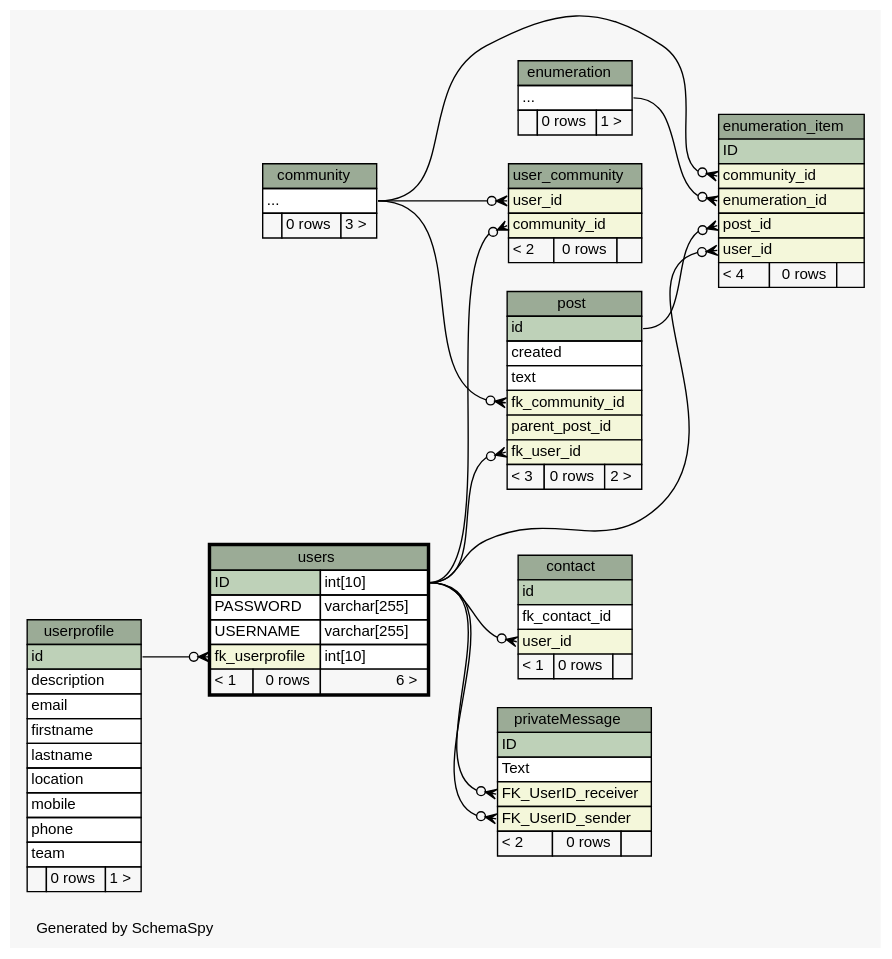
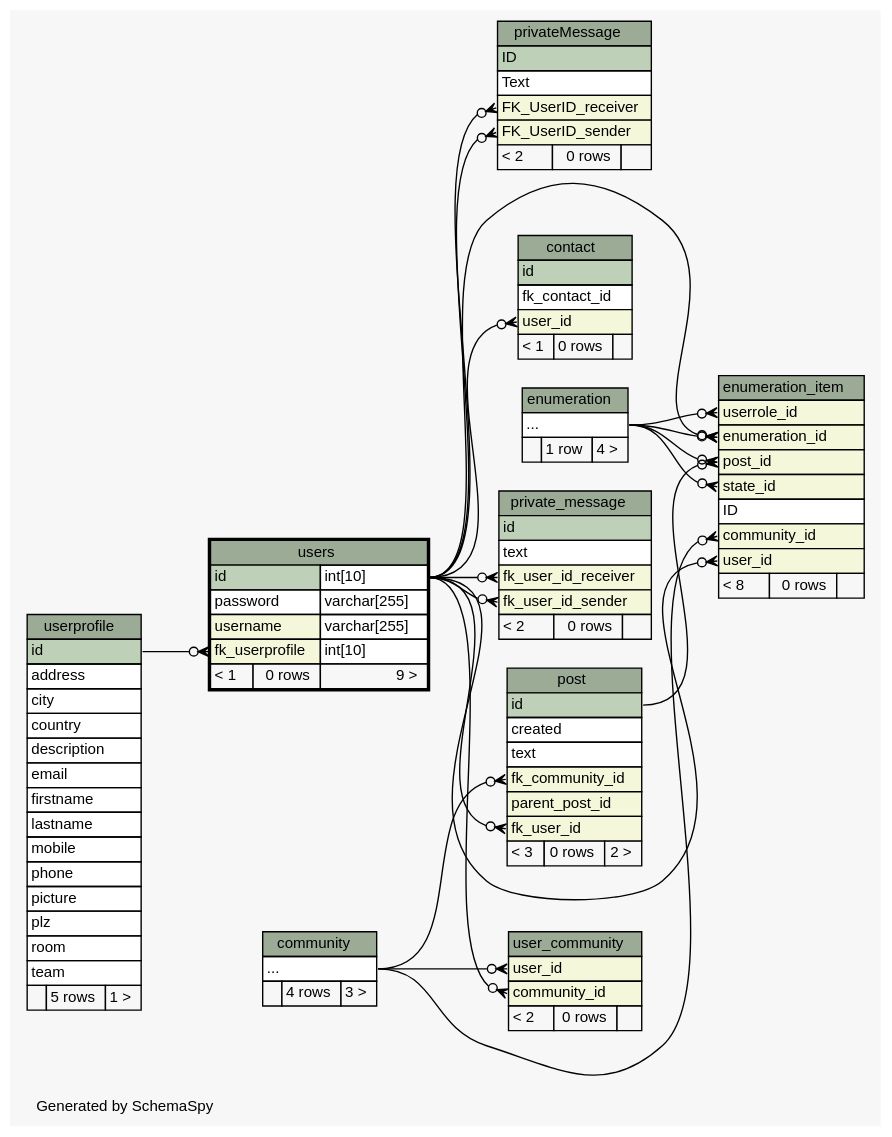
One commit to chr-krenn/chr-krenn-fhj-ws2017-sd17-pse changed the diagram in doc/db_schema/diagrams/users.2degrees.dot. Above: the diagram before and after it, drawn with Graphviz. The commit also changed 68 other files, not shown here.

Commit message:
update database schema documentation

```diff
--- a/doc/db_schema/diagrams/users.2degrees.dot
+++ b/doc/db_schema/diagrams/users.2degrees.dot
@@ -1,150 +1,176 @@
 // dot 2.40.1 on Linux 4.12.5-300.fc26.x86_64
 // SchemaSpy rev 590
 digraph "twoDegreesRelationshipsDiagram" {
   graph [
     rankdir="RL"
     bgcolor="#f7f7f7"
     label="\nGenerated by SchemaSpy"
     labeljust="l"
     nodesep="0.18"
     ranksep="0.46"
     fontname="Helvetica"
     fontsize="11"
   ];
   node [
     fontname="Helvetica"
     fontsize="11"
     shape="plaintext"
   ];
   edge [
     arrowsize="0.8"
   ];
-  "contact":"user_id":w -> "users":"ID.type":e [arrowhead=none dir=back arrowtail=crowodot];
+  "contact":"user_id":w -> "users":"id.type":e [arrowhead=none dir=back arrowtail=crowodot];
   "enumeration_item":"community_id":w -> "community":"elipses":e [arrowhead=none dir=back arrowtail=crowodot];
   "enumeration_item":"enumeration_id":w -> "enumeration":"elipses":e [arrowhead=none dir=back arrowtail=crowodot];
+  "enumeration_item":"enumeration_id":w -> "users":"id.type":e [arrowhead=none dir=back arrowtail=crowodot];
+  "enumeration_item":"post_id":w -> "enumeration":"elipses":e [arrowhead=none dir=back arrowtail=crowodot];
   "enumeration_item":"post_id":w -> "post":"id":e [arrowhead=none dir=back arrowtail=crowodot];
-  "enumeration_item":"user_id":w -> "users":"ID.type":e [arrowhead=none dir=back arrowtail=crowodot];
+  "enumeration_item":"state_id":w -> "enumeration":"elipses":e [arrowhead=none dir=back arrowtail=crowodot];
+  "enumeration_item":"user_id":w -> "users":"id.type":e [arrowhead=none dir=back arrowtail=crowodot];
+  "enumeration_item":"userrole_id":w -> "enumeration":"elipses":e [arrowhead=none dir=back arrowtail=crowodot];
   "post":"fk_community_id":w -> "community":"elipses":e [arrowhead=none dir=back arrowtail=crowodot];
-  "post":"fk_user_id":w -> "users":"ID.type":e [arrowhead=none dir=back arrowtail=crowodot];
-  "privateMessage":"FK_UserID_receiver":w -> "users":"ID.type":e [arrowhead=none dir=back arrowtail=crowodot];
-  "privateMessage":"FK_UserID_sender":w -> "users":"ID.type":e [arrowhead=none dir=back arrowtail=crowodot];
-  "user_community":"community_id":w -> "users":"ID.type":e [arrowhead=none dir=back arrowtail=crowodot];
+  "post":"fk_user_id":w -> "users":"id.type":e [arrowhead=none dir=back arrowtail=crowodot];
+  "private_message":"fk_user_id_receiver":w -> "users":"id.type":e [arrowhead=none dir=back arrowtail=crowodot];
+  "private_message":"fk_user_id_sender":w -> "users":"id.type":e [arrowhead=none dir=back arrowtail=crowodot];
+  "privateMessage":"FK_UserID_receiver":w -> "users":"id.type":e [arrowhead=none dir=back arrowtail=crowodot];
+  "privateMessage":"FK_UserID_sender":w -> "users":"id.type":e [arrowhead=none dir=back arrowtail=crowodot];
+  "user_community":"community_id":w -> "users":"id.type":e [arrowhead=none dir=back arrowtail=crowodot];
   "user_community":"user_id":w -> "community":"elipses":e [arrowhead=none dir=back arrowtail=crowodot];
   "users":"fk_userprofile":w -> "userprofile":"id":e [arrowhead=none dir=back arrowtail=crowodot];
   "community" [
     label=<
     <TABLE BORDER="0" CELLBORDER="1" CELLSPACING="0" BGCOLOR="#ffffff">
       <TR><TD COLSPAN="3" BGCOLOR="#9bab96" ALIGN="CENTER">community</TD></TR>
       <TR><TD PORT="elipses" COLSPAN="3" ALIGN="LEFT">...</TD></TR>
-      <TR><TD ALIGN="LEFT" BGCOLOR="#f7f7f7">  </TD><TD ALIGN="RIGHT" BGCOLOR="#f7f7f7">0 rows</TD><TD ALIGN="RIGHT" BGCOLOR="#f7f7f7">3 &gt;</TD></TR>
+      <TR><TD ALIGN="LEFT" BGCOLOR="#f7f7f7">  </TD><TD ALIGN="RIGHT" BGCOLOR="#f7f7f7">4 rows</TD><TD ALIGN="RIGHT" BGCOLOR="#f7f7f7">3 &gt;</TD></TR>
     </TABLE>>
     URL="community.html"
     tooltip="community"
   ];
   "contact" [
     label=<
     <TABLE BORDER="0" CELLBORDER="1" CELLSPACING="0" BGCOLOR="#ffffff">
       <TR><TD COLSPAN="3" BGCOLOR="#9bab96" ALIGN="CENTER">contact</TD></TR>
       <TR><TD PORT="id" COLSPAN="3" BGCOLOR="#bed1b8" ALIGN="LEFT">id</TD></TR>
       <TR><TD PORT="fk_contact_id" COLSPAN="3" ALIGN="LEFT">fk_contact_id</TD></TR>
       <TR><TD PORT="user_id" COLSPAN="3" BGCOLOR="#f4f7da" ALIGN="LEFT">user_id</TD></TR>
       <TR><TD ALIGN="LEFT" BGCOLOR="#f7f7f7">&lt; 1</TD><TD ALIGN="RIGHT" BGCOLOR="#f7f7f7">0 rows</TD><TD ALIGN="RIGHT" BGCOLOR="#f7f7f7">  </TD></TR>
     </TABLE>>
     URL="contact.html"
     tooltip="contact"
   ];
   "enumeration" [
     label=<
     <TABLE BORDER="0" CELLBORDER="1" CELLSPACING="0" BGCOLOR="#ffffff">
       <TR><TD COLSPAN="3" BGCOLOR="#9bab96" ALIGN="CENTER">enumeration</TD></TR>
       <TR><TD PORT="elipses" COLSPAN="3" ALIGN="LEFT">...</TD></TR>
-      <TR><TD ALIGN="LEFT" BGCOLOR="#f7f7f7">  </TD><TD ALIGN="RIGHT" BGCOLOR="#f7f7f7">0 rows</TD><TD ALIGN="RIGHT" BGCOLOR="#f7f7f7">1 &gt;</TD></TR>
+      <TR><TD ALIGN="LEFT" BGCOLOR="#f7f7f7">  </TD><TD ALIGN="RIGHT" BGCOLOR="#f7f7f7">1 row</TD><TD ALIGN="RIGHT" BGCOLOR="#f7f7f7">4 &gt;</TD></TR>
     </TABLE>>
     URL="enumeration.html"
     tooltip="enumeration"
   ];
   "enumeration_item" [
     label=<
     <TABLE BORDER="0" CELLBORDER="1" CELLSPACING="0" BGCOLOR="#ffffff">
       <TR><TD COLSPAN="3" BGCOLOR="#9bab96" ALIGN="CENTER">enumeration_item</TD></TR>
-      <TR><TD PORT="ID" COLSPAN="3" BGCOLOR="#bed1b8" ALIGN="LEFT">ID</TD></TR>
-      <TR><TD PORT="community_id" COLSPAN="3" BGCOLOR="#f4f7da" ALIGN="LEFT">community_id</TD></TR>
+      <TR><TD PORT="userrole_id" COLSPAN="3" BGCOLOR="#f4f7da" ALIGN="LEFT">userrole_id</TD></TR>
       <TR><TD PORT="enumeration_id" COLSPAN="3" BGCOLOR="#f4f7da" ALIGN="LEFT">enumeration_id</TD></TR>
       <TR><TD PORT="post_id" COLSPAN="3" BGCOLOR="#f4f7da" ALIGN="LEFT">post_id</TD></TR>
+      <TR><TD PORT="state_id" COLSPAN="3" BGCOLOR="#f4f7da" ALIGN="LEFT">state_id</TD></TR>
+      <TR><TD PORT="ID" COLSPAN="3" ALIGN="LEFT">ID</TD></TR>
+      <TR><TD PORT="community_id" COLSPAN="3" BGCOLOR="#f4f7da" ALIGN="LEFT">community_id</TD></TR>
       <TR><TD PORT="user_id" COLSPAN="3" BGCOLOR="#f4f7da" ALIGN="LEFT">user_id</TD></TR>
-      <TR><TD ALIGN="LEFT" BGCOLOR="#f7f7f7">&lt; 4</TD><TD ALIGN="RIGHT" BGCOLOR="#f7f7f7">0 rows</TD><TD ALIGN="RIGHT" BGCOLOR="#f7f7f7">  </TD></TR>
+      <TR><TD ALIGN="LEFT" BGCOLOR="#f7f7f7">&lt; 8</TD><TD ALIGN="RIGHT" BGCOLOR="#f7f7f7">0 rows</TD><TD ALIGN="RIGHT" BGCOLOR="#f7f7f7">  </TD></TR>
     </TABLE>>
     URL="enumeration_item.html"
     tooltip="enumeration_item"
   ];
   "post" [
     label=<
     <TABLE BORDER="0" CELLBORDER="1" CELLSPACING="0" BGCOLOR="#ffffff">
       <TR><TD COLSPAN="3" BGCOLOR="#9bab96" ALIGN="CENTER">post</TD></TR>
       <TR><TD PORT="id" COLSPAN="3" BGCOLOR="#bed1b8" ALIGN="LEFT">id</TD></TR>
       <TR><TD PORT="created" COLSPAN="3" ALIGN="LEFT">created</TD></TR>
       <TR><TD PORT="text" COLSPAN="3" ALIGN="LEFT">text</TD></TR>
       <TR><TD PORT="fk_community_id" COLSPAN="3" BGCOLOR="#f4f7da" ALIGN="LEFT">fk_community_id</TD></TR>
       <TR><TD PORT="parent_post_id" COLSPAN="3" BGCOLOR="#f4f7da" ALIGN="LEFT">parent_post_id</TD></TR>
       <TR><TD PORT="fk_user_id" COLSPAN="3" BGCOLOR="#f4f7da" ALIGN="LEFT">fk_user_id</TD></TR>
       <TR><TD ALIGN="LEFT" BGCOLOR="#f7f7f7">&lt; 3</TD><TD ALIGN="RIGHT" BGCOLOR="#f7f7f7">0 rows</TD><TD ALIGN="RIGHT" BGCOLOR="#f7f7f7">2 &gt;</TD></TR>
     </TABLE>>
     URL="post.html"
     tooltip="post"
+  ];
+  "private_message" [
+    label=<
+    <TABLE BORDER="0" CELLBORDER="1" CELLSPACING="0" BGCOLOR="#ffffff">
+      <TR><TD COLSPAN="3" BGCOLOR="#9bab96" ALIGN="CENTER">private_message</TD></TR>
+      <TR><TD PORT="id" COLSPAN="3" BGCOLOR="#bed1b8" ALIGN="LEFT">id</TD></TR>
+      <TR><TD PORT="text" COLSPAN="3" ALIGN="LEFT">text</TD></TR>
+      <TR><TD PORT="fk_user_id_receiver" COLSPAN="3" BGCOLOR="#f4f7da" ALIGN="LEFT">fk_user_id_receiver</TD></TR>
+      <TR><TD PORT="fk_user_id_sender" COLSPAN="3" BGCOLOR="#f4f7da" ALIGN="LEFT">fk_user_id_sender</TD></TR>
+      <TR><TD ALIGN="LEFT" BGCOLOR="#f7f7f7">&lt; 2</TD><TD ALIGN="RIGHT" BGCOLOR="#f7f7f7">0 rows</TD><TD ALIGN="RIGHT" BGCOLOR="#f7f7f7">  </TD></TR>
+    </TABLE>>
+    URL="private_message.html"
+    tooltip="private_message"
   ];
   "privateMessage" [
     label=<
     <TABLE BORDER="0" CELLBORDER="1" CELLSPACING="0" BGCOLOR="#ffffff">
       <TR><TD COLSPAN="3" BGCOLOR="#9bab96" ALIGN="CENTER">privateMessage</TD></TR>
       <TR><TD PORT="ID" COLSPAN="3" BGCOLOR="#bed1b8" ALIGN="LEFT">ID</TD></TR>
       <TR><TD PORT="Text" COLSPAN="3" ALIGN="LEFT">Text</TD></TR>
       <TR><TD PORT="FK_UserID_receiver" COLSPAN="3" BGCOLOR="#f4f7da" ALIGN="LEFT">FK_UserID_receiver</TD></TR>
       <TR><TD PORT="FK_UserID_sender" COLSPAN="3" BGCOLOR="#f4f7da" ALIGN="LEFT">FK_UserID_sender</TD></TR>
       <TR><TD ALIGN="LEFT" BGCOLOR="#f7f7f7">&lt; 2</TD><TD ALIGN="RIGHT" BGCOLOR="#f7f7f7">0 rows</TD><TD ALIGN="RIGHT" BGCOLOR="#f7f7f7">  </TD></TR>
     </TABLE>>
     URL="privateMessage.html"
     tooltip="privateMessage"
   ];
   "user_community" [
     label=<
     <TABLE BORDER="0" CELLBORDER="1" CELLSPACING="0" BGCOLOR="#ffffff">
       <TR><TD COLSPAN="3" BGCOLOR="#9bab96" ALIGN="CENTER">user_community</TD></TR>
       <TR><TD PORT="user_id" COLSPAN="3" BGCOLOR="#f4f7da" ALIGN="LEFT">user_id</TD></TR>
       <TR><TD PORT="community_id" COLSPAN="3" BGCOLOR="#f4f7da" ALIGN="LEFT">community_id</TD></TR>
       <TR><TD ALIGN="LEFT" BGCOLOR="#f7f7f7">&lt; 2</TD><TD ALIGN="RIGHT" BGCOLOR="#f7f7f7">0 rows</TD><TD ALIGN="RIGHT" BGCOLOR="#f7f7f7">  </TD></TR>
     </TABLE>>
     URL="user_community.html"
     tooltip="user_community"
   ];
   "userprofile" [
     label=<
     <TABLE BORDER="0" CELLBORDER="1" CELLSPACING="0" BGCOLOR="#ffffff">
       <TR><TD COLSPAN="3" BGCOLOR="#9bab96" ALIGN="CENTER">userprofile</TD></TR>
       <TR><TD PORT="id" COLSPAN="3" BGCOLOR="#bed1b8" ALIGN="LEFT">id</TD></TR>
+      <TR><TD PORT="address" COLSPAN="3" ALIGN="LEFT">address</TD></TR>
+      <TR><TD PORT="city" COLSPAN="3" ALIGN="LEFT">city</TD></TR>
+      <TR><TD PORT="country" COLSPAN="3" ALIGN="LEFT">country</TD></TR>
       <TR><TD PORT="description" COLSPAN="3" ALIGN="LEFT">description</TD></TR>
       <TR><TD PORT="email" COLSPAN="3" ALIGN="LEFT">email</TD></TR>
       <TR><TD PORT="firstname" COLSPAN="3" ALIGN="LEFT">firstname</TD></TR>
       <TR><TD PORT="lastname" COLSPAN="3" ALIGN="LEFT">lastname</TD></TR>
-      <TR><TD PORT="location" COLSPAN="3" ALIGN="LEFT">location</TD></TR>
       <TR><TD PORT="mobile" COLSPAN="3" ALIGN="LEFT">mobile</TD></TR>
       <TR><TD PORT="phone" COLSPAN="3" ALIGN="LEFT">phone</TD></TR>
+      <TR><TD PORT="picture" COLSPAN="3" ALIGN="LEFT">picture</TD></TR>
+      <TR><TD PORT="plz" COLSPAN="3" ALIGN="LEFT">plz</TD></TR>
+      <TR><TD PORT="room" COLSPAN="3" ALIGN="LEFT">room</TD></TR>
       <TR><TD PORT="team" COLSPAN="3" ALIGN="LEFT">team</TD></TR>
-      <TR><TD ALIGN="LEFT" BGCOLOR="#f7f7f7">  </TD><TD ALIGN="RIGHT" BGCOLOR="#f7f7f7">0 rows</TD><TD ALIGN="RIGHT" BGCOLOR="#f7f7f7">1 &gt;</TD></TR>
+      <TR><TD ALIGN="LEFT" BGCOLOR="#f7f7f7">  </TD><TD ALIGN="RIGHT" BGCOLOR="#f7f7f7">5 rows</TD><TD ALIGN="RIGHT" BGCOLOR="#f7f7f7">1 &gt;</TD></TR>
     </TABLE>>
     URL="userprofile.html"
     tooltip="userprofile"
   ];
   "users" [
     label=<
     <TABLE BORDER="2" CELLBORDER="1" CELLSPACING="0" BGCOLOR="#ffffff">
       <TR><TD COLSPAN="3" BGCOLOR="#9bab96" ALIGN="CENTER">users</TD></TR>
-      <TR><TD PORT="ID" COLSPAN="2" BGCOLOR="#bed1b8" ALIGN="LEFT">ID</TD><TD PORT="ID.type" ALIGN="LEFT">int[10]</TD></TR>
-      <TR><TD PORT="PASSWORD" COLSPAN="2" ALIGN="LEFT">PASSWORD</TD><TD PORT="PASSWORD.type" ALIGN="LEFT">varchar[255]</TD></TR>
-      <TR><TD PORT="USERNAME" COLSPAN="2" ALIGN="LEFT">USERNAME</TD><TD PORT="USERNAME.type" ALIGN="LEFT">varchar[255]</TD></TR>
+      <TR><TD PORT="id" COLSPAN="2" BGCOLOR="#bed1b8" ALIGN="LEFT">id</TD><TD PORT="id.type" ALIGN="LEFT">int[10]</TD></TR>
+      <TR><TD PORT="password" COLSPAN="2" ALIGN="LEFT">password</TD><TD PORT="password.type" ALIGN="LEFT">varchar[255]</TD></TR>
+      <TR><TD PORT="username" COLSPAN="2" BGCOLOR="#f4f7da" ALIGN="LEFT">username</TD><TD PORT="username.type" ALIGN="LEFT">varchar[255]</TD></TR>
       <TR><TD PORT="fk_userprofile" COLSPAN="2" BGCOLOR="#f4f7da" ALIGN="LEFT">fk_userprofile</TD><TD PORT="fk_userprofile.type" ALIGN="LEFT">int[10]</TD></TR>
-      <TR><TD ALIGN="LEFT" BGCOLOR="#f7f7f7">&lt; 1</TD><TD ALIGN="RIGHT" BGCOLOR="#f7f7f7">0 rows</TD><TD ALIGN="RIGHT" BGCOLOR="#f7f7f7">6 &gt;</TD></TR>
+      <TR><TD ALIGN="LEFT" BGCOLOR="#f7f7f7">&lt; 1</TD><TD ALIGN="RIGHT" BGCOLOR="#f7f7f7">0 rows</TD><TD ALIGN="RIGHT" BGCOLOR="#f7f7f7">9 &gt;</TD></TR>
     </TABLE>>
     URL="users.html"
     tooltip="users"
   ];
 }
```
